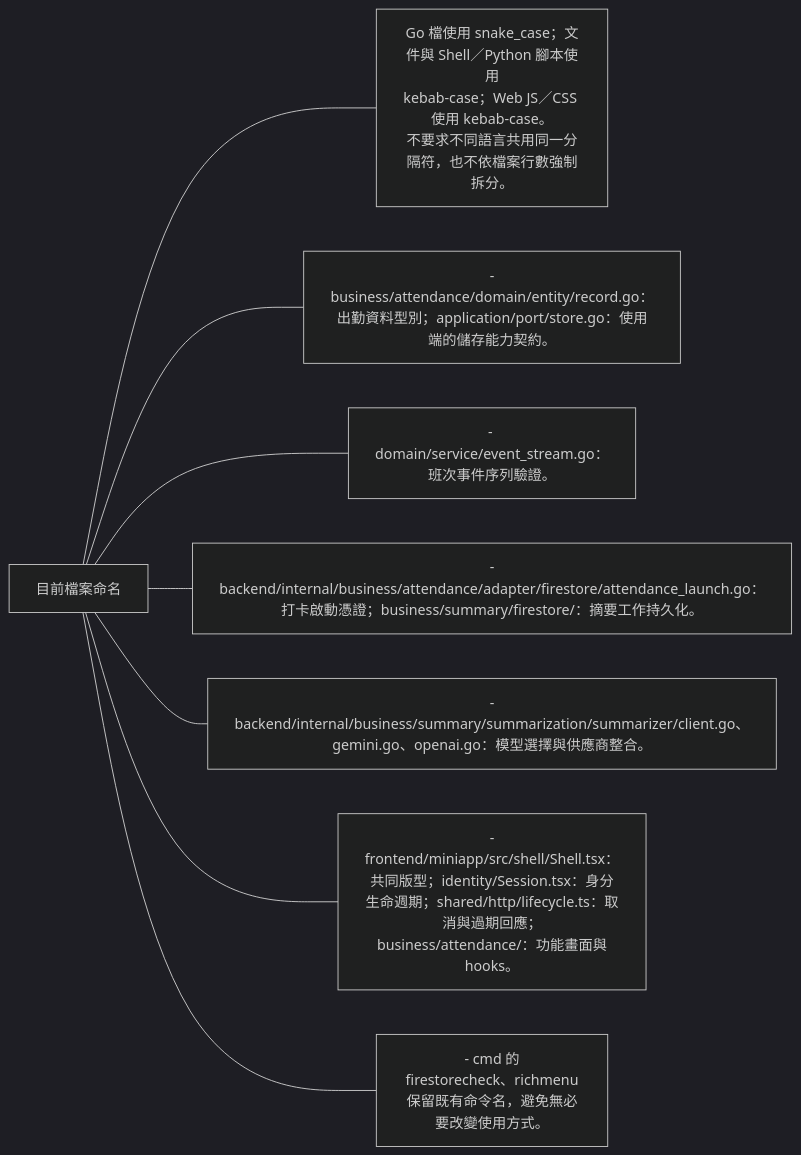
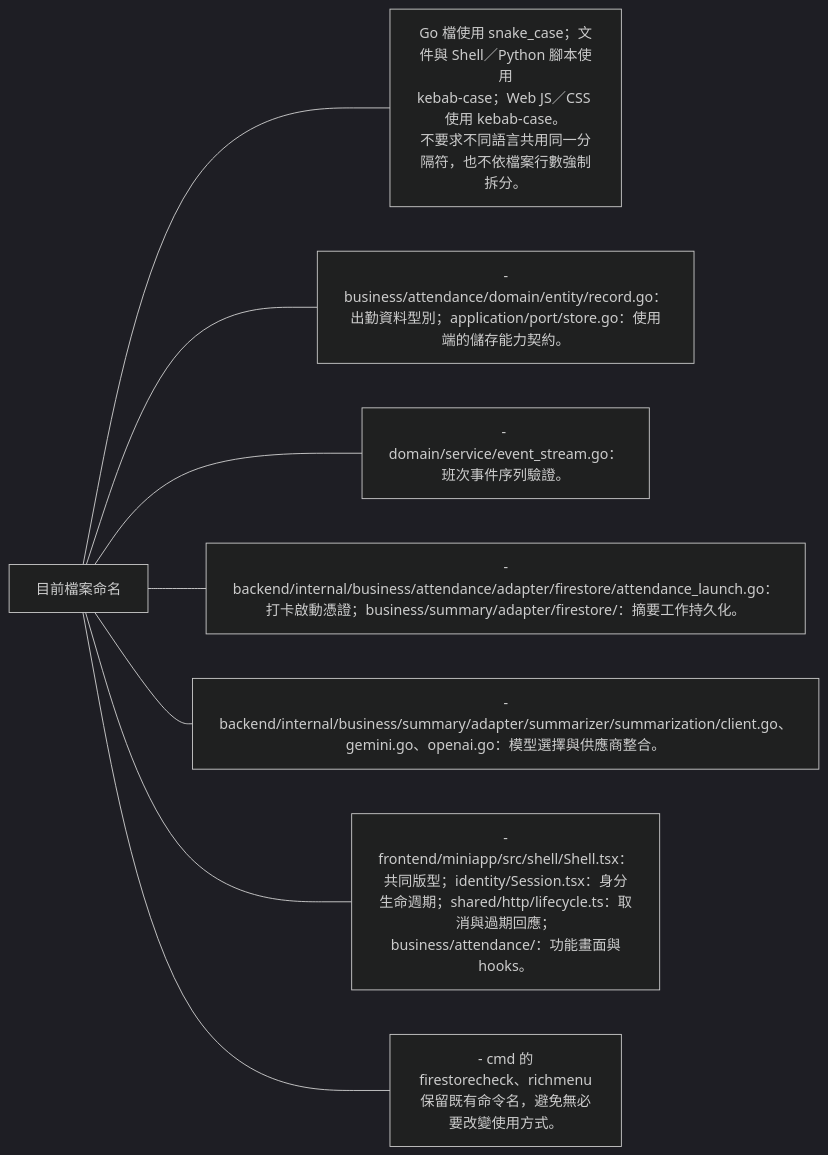
The fourth of 4 diagrams in docs/standards/naming.md (963sup/line-mini-app-bot), drawn with Mermaid (dark theme) before and after one commit. The commit also changed 84 other files, not shown here.

Commit message:
refactor(business): separate summary, team and weather adapters

````diff
--- a/docs/standards/naming.md
+++ b/docs/standards/naming.md
@@ -51,11 +51,11 @@
 ```mermaid
 flowchart LR
   h["目前檔案命名"]
   h --- n0["Go 檔使用 snake_case；文件與 Shell／Python 腳本使用<br/>kebab-case；Web JS／CSS 使用 kebab-case。<br/>不要求不同語言共用同一分隔符，也不依檔案行數強制拆分。"]
   h --- n1["-<br/>business/attendance/domain/entity/record.go：出勤資料型別；application/port/store.go：使用端的儲存能力契約。"]
   h --- n2["- domain/service/event_stream.go：班次事件序列驗證。"]
-  h --- n3["-<br/>backend/internal/business/attendance/adapter/firestore/attendance_launch.go：打卡啟動憑證；business/summary/firestore/：摘要工作持久化。"]
-  h --- n4["-<br/>backend/internal/business/summary/summarization/summarizer/client.go、gemini.go、openai.go：模型選擇與供應商整合。"]
+  h --- n3["-<br/>backend/internal/business/attendance/adapter/firestore/attendance_launch.go：打卡啟動憑證；business/summary/adapter/firestore/：摘要工作持久化。"]
+  h --- n4["-<br/>backend/internal/business/summary/adapter/summarizer/summarization/client.go、gemini.go、openai.go：模型選擇與供應商整合。"]
   h --- n5["-<br/>frontend/miniapp/src/shell/Shell.tsx：共同版型；identity/Session.tsx：身分生命週期；shared/http/lifecycle.ts：取消與過期回應；business/attendance/：功能畫面與<br/>hooks。"]
   h --- n6["- cmd 的<br/>firestorecheck、richmenu<br/>保留既有命令名，避免無必要改變使用方式。"]
 ```
````
